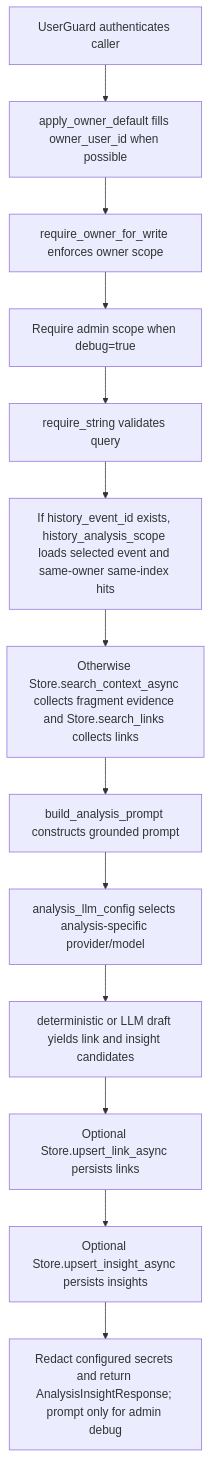
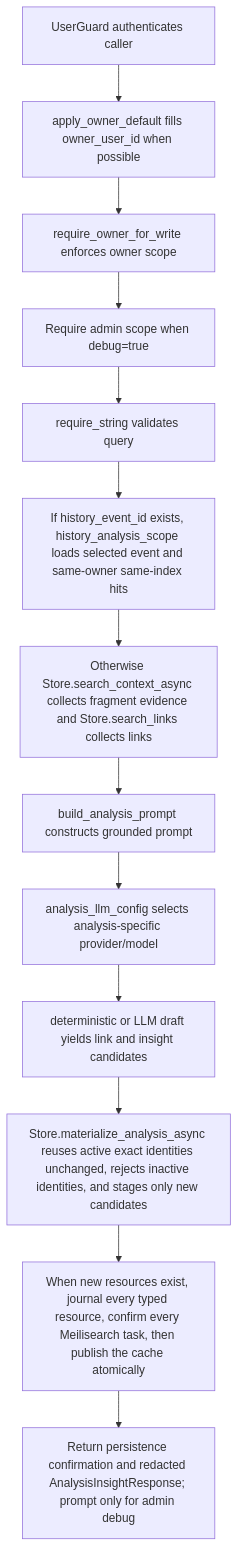
One commit to dickwu/nowledge changed the diagram in doc/api/post_v1_analysis_insights.md. Above: the diagram before and after it, drawn with Mermaid. The commit also changed other lines of this file and 16 other files, not shown here.

````diff
--- a/doc/api/post_v1_analysis_insights.md
+++ b/doc/api/post_v1_analysis_insights.md
@@ -63,28 +65,28 @@
 ```mermaid
 flowchart TD
   n0["UserGuard authenticates caller"]
   n1["apply_owner_default fills owner_user_id when possible"]
   n2["require_owner_for_write enforces owner scope"]
   n3["Require admin scope when debug=true"]
   n4["require_string validates query"]
   n5["If history_event_id exists, history_analysis_scope loads selected event and same-owner same-index hits"]
   n6["Otherwise Store.search_context_async collects fragment evidence and Store.search_links collects links"]
   n7["build_analysis_prompt constructs grounded prompt"]
   n8["analysis_llm_config selects analysis-specific provider/model"]
   n9["deterministic or LLM draft yields link and insight candidates"]
-  n10["Optional Store.upsert_link_async persists links"]
-  n11["Optional Store.upsert_insight_async persists insights"]
-  n12["Redact configured secrets and return AnalysisInsightResponse; prompt only for admin debug"]
+  n10["Store.materialize_analysis_async reuses active exact identities unchanged, rejects inactive identities, and stages only new candidates"]
+  n11["When new resources exist, journal every typed resource, confirm every Meilisearch task, then publish the cache atomically"]
+  n12["Return persistence confirmation and redacted AnalysisInsightResponse; prompt only for admin debug"]
   n0 --> n1
   n1 --> n2
   n2 --> n3
   n3 --> n4
   n4 --> n5
   n5 --> n6
   n6 --> n7
   n7 --> n8
   n8 --> n9
   n9 --> n10
   n10 --> n11
   n11 --> n12
 ```
````
